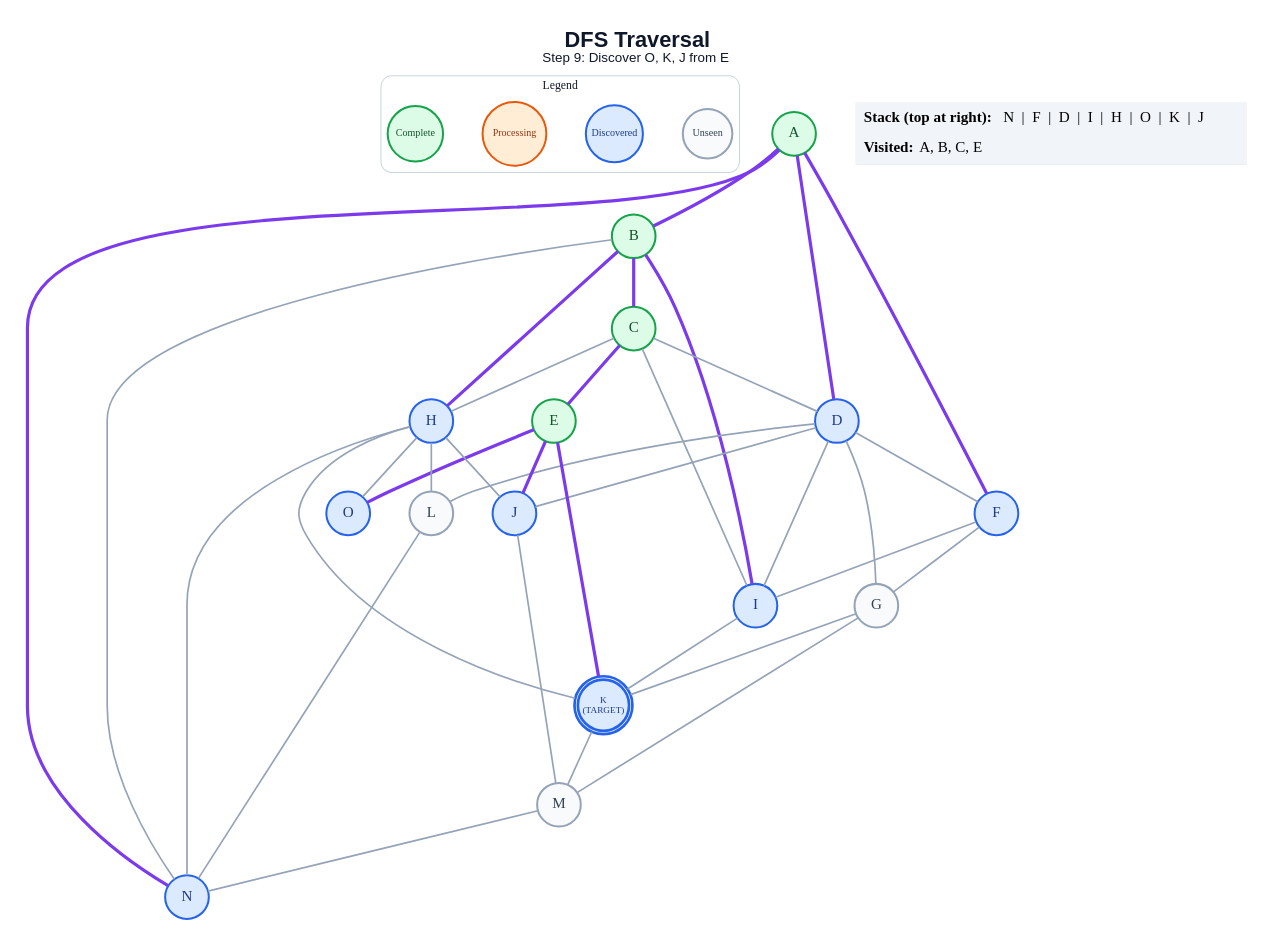
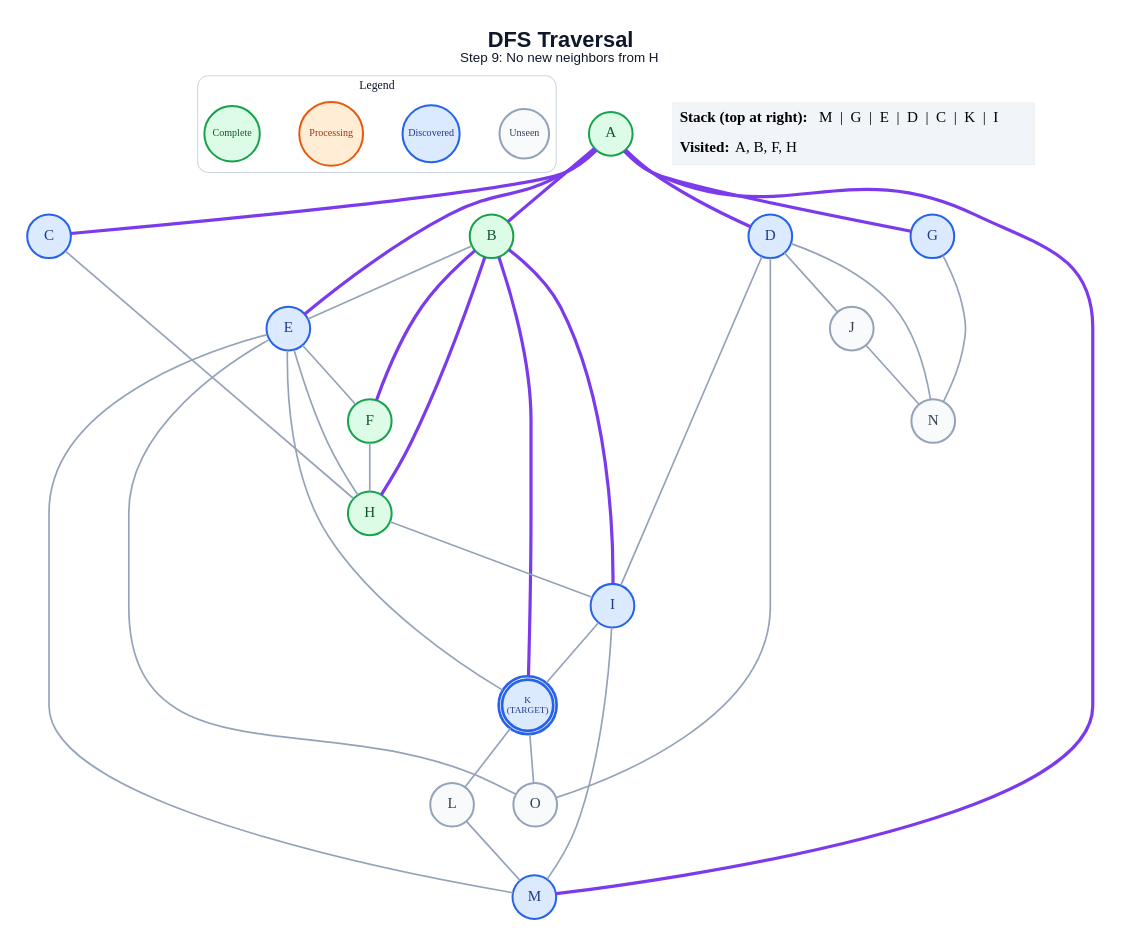
One commit to anon7238593-create/ai-slop changed the diagram in generated/specific-node/dfs/step_09.dot. Above: the diagram before and after it, drawn with Graphviz. The commit also changed 261 other files, not shown here.

```diff
--- a/generated/specific-node/dfs/step_09.dot
+++ b/generated/specific-node/dfs/step_09.dot
@@ -1,68 +1,64 @@
 graph traversal {
   graph [layout=dot, rankdir=TB, bgcolor="#FFFFFF", pad="0.35", nodesep="0.65", ranksep="0.8", fontname="Arial"];
   node [shape=circle, style="filled", fontname="Arial Bold", fontsize=18, width=0.72, fixedsize=true, penwidth=2.4];
   edge [color="#94A3B8", penwidth=2.0];
-  label=<<B>DFS Traversal</B><BR/><FONT POINT-SIZE="16">Step 9: Discover O, K, J from E</FONT>>; labelloc="t"; fontsize=26; fontname="Arial"; fontcolor="#0F172A";
+  label=<<B>DFS Traversal</B><BR/><FONT POINT-SIZE="16">Step 9: No new neighbors from H</FONT>>; labelloc="t"; fontsize=26; fontname="Arial"; fontcolor="#0F172A";
   subgraph cluster_legend { label="Legend"; color="#CBD5E1"; penwidth=1.2; style="rounded"; fontsize=14; fontname="Arial Bold";
     key_unseen [label="Unseen", fillcolor="#F8FAFC", color="#94A3B8", fontcolor="#334155", fontsize=12, width=0.82];
     key_frontier [label="Discovered", fillcolor="#DBEAFE", color="#2563EB", fontcolor="#1E3A8A", fontsize=12, width=0.95];
     key_current [label="Processing", fillcolor="#FFEDD5", color="#EA580C", fontcolor="#9A3412", fontsize=12, width=1.05];
     key_done [label="Complete", fillcolor="#DCFCE7", color="#16A34A", fontcolor="#14532D", fontsize=12, width=0.92];
     { rank=same; key_unseen; key_frontier; key_current; key_done; }
   }
   A [label="A", fillcolor="#DCFCE7", color="#16A34A", fontcolor="#14532D", peripheries=1, penwidth=2.4];
   B [label="B", fillcolor="#DCFCE7", color="#16A34A", fontcolor="#14532D", peripheries=1, penwidth=2.4];
-  C [label="C", fillcolor="#DCFCE7", color="#16A34A", fontcolor="#14532D", peripheries=1, penwidth=2.4];
+  C [label="C", fillcolor="#DBEAFE", color="#2563EB", fontcolor="#1E3A8A", peripheries=1, penwidth=2.4];
   D [label="D", fillcolor="#DBEAFE", color="#2563EB", fontcolor="#1E3A8A", peripheries=1, penwidth=2.4];
-  E [label="E", fillcolor="#DCFCE7", color="#16A34A", fontcolor="#14532D", peripheries=1, penwidth=2.4];
-  F [label="F", fillcolor="#DBEAFE", color="#2563EB", fontcolor="#1E3A8A", peripheries=1, penwidth=2.4];
-  G [label="G", fillcolor="#F8FAFC", color="#94A3B8", fontcolor="#334155", peripheries=1, penwidth=2.4];
-  H [label="H", fillcolor="#DBEAFE", color="#2563EB", fontcolor="#1E3A8A", peripheries=1, penwidth=2.4];
+  E [label="E", fillcolor="#DBEAFE", color="#2563EB", fontcolor="#1E3A8A", peripheries=1, penwidth=2.4];
+  F [label="F", fillcolor="#DCFCE7", color="#16A34A", fontcolor="#14532D", peripheries=1, penwidth=2.4];
+  G [label="G", fillcolor="#DBEAFE", color="#2563EB", fontcolor="#1E3A8A", peripheries=1, penwidth=2.4];
+  H [label="H", fillcolor="#DCFCE7", color="#16A34A", fontcolor="#14532D", peripheries=1, penwidth=2.4];
   I [label="I", fillcolor="#DBEAFE", color="#2563EB", fontcolor="#1E3A8A", peripheries=1, penwidth=2.4];
-  J [label="J", fillcolor="#DBEAFE", color="#2563EB", fontcolor="#1E3A8A", peripheries=1, penwidth=2.4];
+  J [label="J", fillcolor="#F8FAFC", color="#94A3B8", fontcolor="#334155", peripheries=1, penwidth=2.4];
   K [label="K\n(TARGET)", fillcolor="#DBEAFE", color="#2563EB", fontcolor="#1E3A8A", peripheries=2, penwidth=3.2, fontsize=11, width=0.85, height=0.85];
   L [label="L", fillcolor="#F8FAFC", color="#94A3B8", fontcolor="#334155", peripheries=1, penwidth=2.4];
-  M [label="M", fillcolor="#F8FAFC", color="#94A3B8", fontcolor="#334155", peripheries=1, penwidth=2.4];
-  N [label="N", fillcolor="#DBEAFE", color="#2563EB", fontcolor="#1E3A8A", peripheries=1, penwidth=2.4];
-  O [label="O", fillcolor="#DBEAFE", color="#2563EB", fontcolor="#1E3A8A", peripheries=1, penwidth=2.4];
+  M [label="M", fillcolor="#DBEAFE", color="#2563EB", fontcolor="#1E3A8A", peripheries=1, penwidth=2.4];
+  N [label="N", fillcolor="#F8FAFC", color="#94A3B8", fontcolor="#334155", peripheries=1, penwidth=2.4];
+  O [label="O", fillcolor="#F8FAFC", color="#94A3B8", fontcolor="#334155", peripheries=1, penwidth=2.4];
   A -- B [color="#7C3AED", penwidth=3.8];
+  A -- C [color="#7C3AED", penwidth=3.8];
   A -- D [color="#7C3AED", penwidth=3.8];
-  A -- F [color="#7C3AED", penwidth=3.8];
-  A -- N [color="#7C3AED", penwidth=3.8];
-  B -- C [color="#7C3AED", penwidth=3.8];
+  A -- E [color="#7C3AED", penwidth=3.8];
+  A -- G [color="#7C3AED", penwidth=3.8];
+  A -- M [color="#7C3AED", penwidth=3.8];
+  B -- E;
+  B -- F [color="#7C3AED", penwidth=3.8];
   B -- H [color="#7C3AED", penwidth=3.8];
   B -- I [color="#7C3AED", penwidth=3.8];
-  B -- N;
-  C -- D;
-  C -- E [color="#7C3AED", penwidth=3.8];
+  B -- K [color="#7C3AED", penwidth=3.8];
   C -- H;
-  C -- I;
-  D -- F;
-  D -- G;
   D -- I;
   D -- J;
-  D -- L;
-  E -- J [color="#7C3AED", penwidth=3.8];
-  E -- K [color="#7C3AED", penwidth=3.8];
-  E -- O [color="#7C3AED", penwidth=3.8];
-  F -- G;
-  F -- I;
-  G -- K;
-  G -- M;
-  H -- J;
-  H -- K;
-  H -- L;
-  H -- N;
-  H -- O;
+  D -- N;
+  D -- O;
+  E -- F;
+  E -- H;
+  E -- K;
+  E -- M;
+  E -- O;
+  F -- H;
+  G -- N;
+  H -- I;
   I -- K;
-  J -- M;
-  K -- M;
-  L -- N;
-  M -- N;
+  I -- M;
+  J -- N;
+  K -- L;
+  K -- O;
+  L -- M;
   status [shape=plain, fixedsize=false, width=0, height=0, margin=0, label=<
     <TABLE BORDER="0" CELLBORDER="0" CELLPADDING="7" BGCOLOR="#F1F5F9">
-      <TR><TD ALIGN="LEFT"><B>Stack (top at right):</B> N  |  F  |  D  |  I  |  H  |  O  |  K  |  J</TD></TR>
-      <TR><TD ALIGN="LEFT"><B>Visited:</B> A, B, C, E</TD></TR>
+      <TR><TD ALIGN="LEFT"><B>Stack (top at right):</B> M  |  G  |  E  |  D  |  C  |  K  |  I</TD></TR>
+      <TR><TD ALIGN="LEFT"><B>Visited:</B> A, B, F, H</TD></TR>
     </TABLE>
   >];
 }
```
